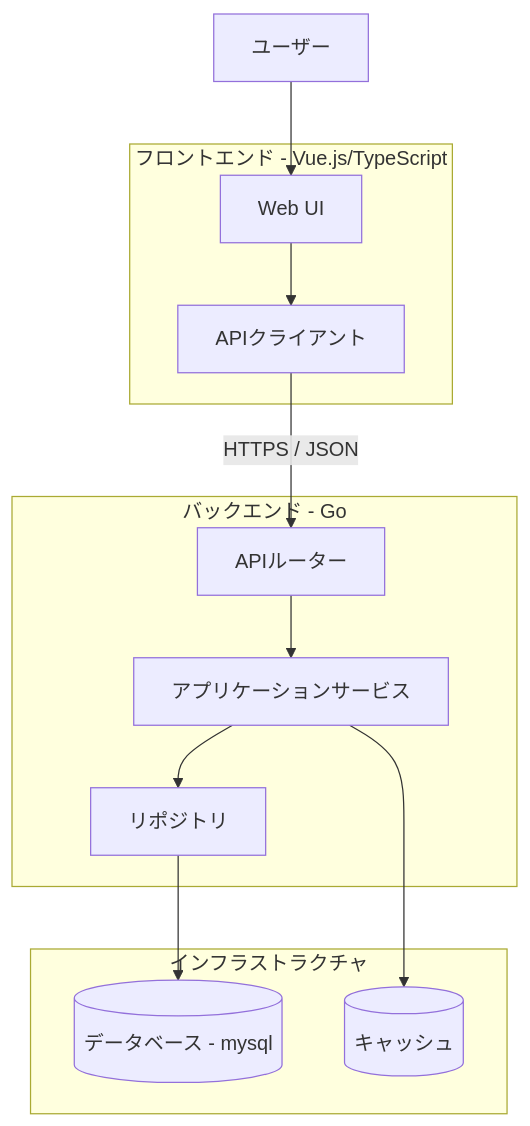
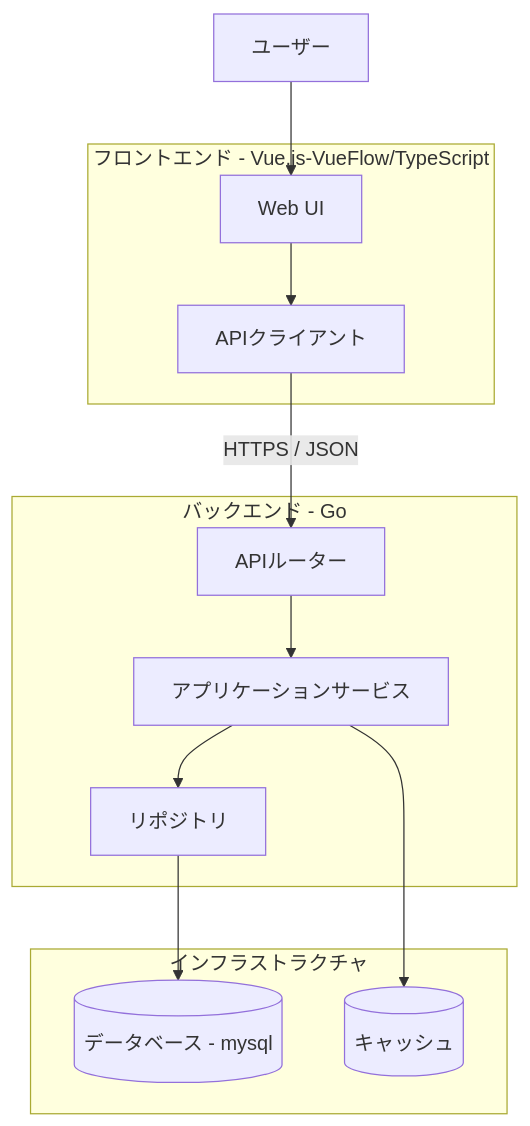
Before and after one commit to pghk57/JugTechTree: the diagram in docs/software_architecture.md, drawn with Mermaid.

Commit message:
update: フロントエンドの技術スタックにVueFlowを追加

````diff
--- a/docs/software_architecture.md
+++ b/docs/software_architecture.md
@@ -8,30 +8,30 @@
 ```mermaid
 flowchart TB
     User["ユーザー"]
 
-    subgraph Frontend["フロントエンド - Vue.js/TypeScript"]
+    subgraph Frontend["フロントエンド - Vue.js-VueFlow/TypeScript"]
         UI["Web UI"]
         Client["APIクライアント"]
         UI --> Client
     end
 
     subgraph Backend["バックエンド - Go"]
         Router["APIルーター"]
         App["アプリケーションサービス"]
         Repo["リポジトリ"]
         Router --> App
         App --> Repo
     end
 
     subgraph Infrastructure["インフラストラクチャ"]
         DB[("データベース - mysql")]
         Cache[("キャッシュ")]
     end
 
     User --> UI
     Client -->|"HTTPS / JSON"| Router
     Repo --> DB
     App --> Cache
 
 
 ```
````
